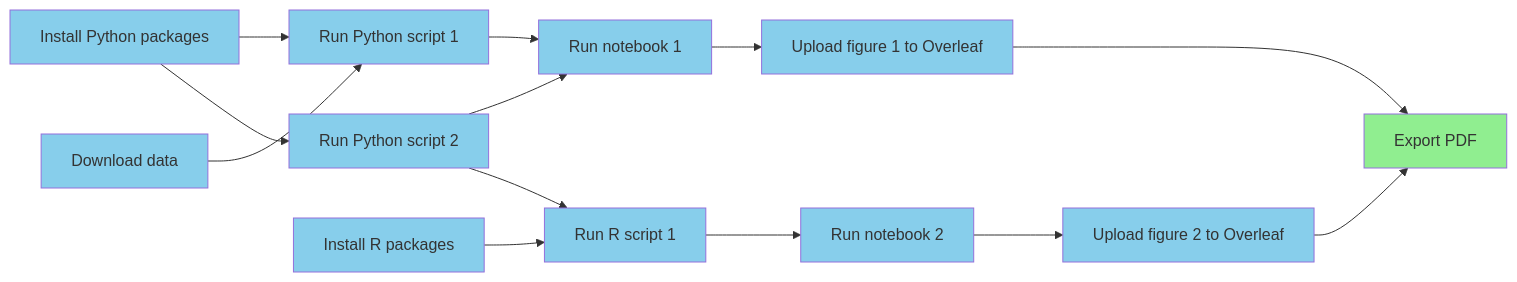
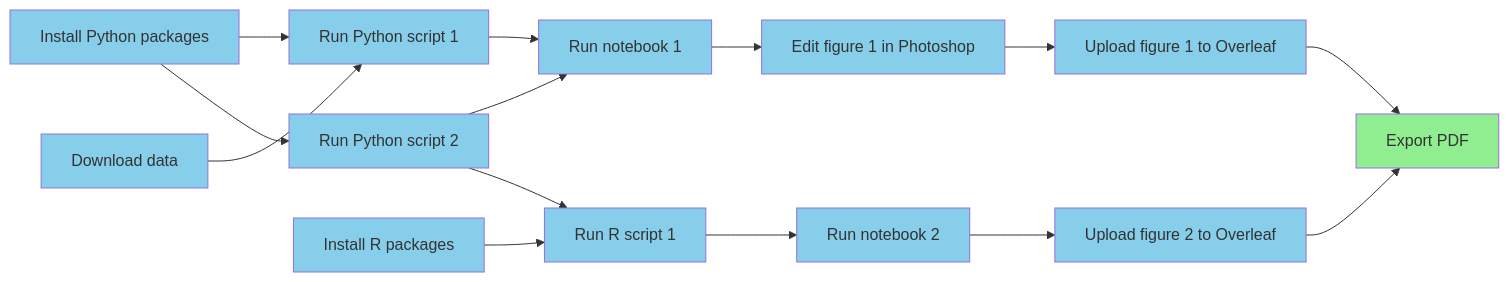
One commit to petebachant/petebachant.github.io changed the second of 2 diagrams in _posts/2025-10-10-single-button.md. Above: the diagram before and after it, drawn with Mermaid.

````diff
--- a/_posts/2025-10-10-single-button.md
+++ b/_posts/2025-10-10-single-button.md
@@ -191,28 +191,30 @@
 ```mermaid
 flowchart LR
     A[Install Python packages] --> B[Run Python script 1]
     AA[Download data] --> B
     B --> C[Run notebook 1]
-    C --> E[Upload figure 1 to Overleaf]
+    C --> D[Edit figure 1 in Photoshop]
+    D --> E[Upload figure 1 to Overleaf]
     E --> F[Export PDF]
     G[Run Python script 2] --> C
     A --> G
 
     H[Install R packages] --> I[Run R script 1]
     G --> I
     I --> J[Run notebook 2]
     J --> L[Upload figure 2 to Overleaf]
     L --> F
 
     style A fill:#87CEEB
     style AA fill:#87CEEB
     style B fill:#87CEEB
     style C fill:#87CEEB
+    style D fill:#87CEEB
     style E fill:#87CEEB
     style F fill:#90EE90
     style G fill:#87CEEB
     style H fill:#87CEEB
     style I fill:#87CEEB
     style J fill:#87CEEB
     style L fill:#87CEEB
 ```
````
